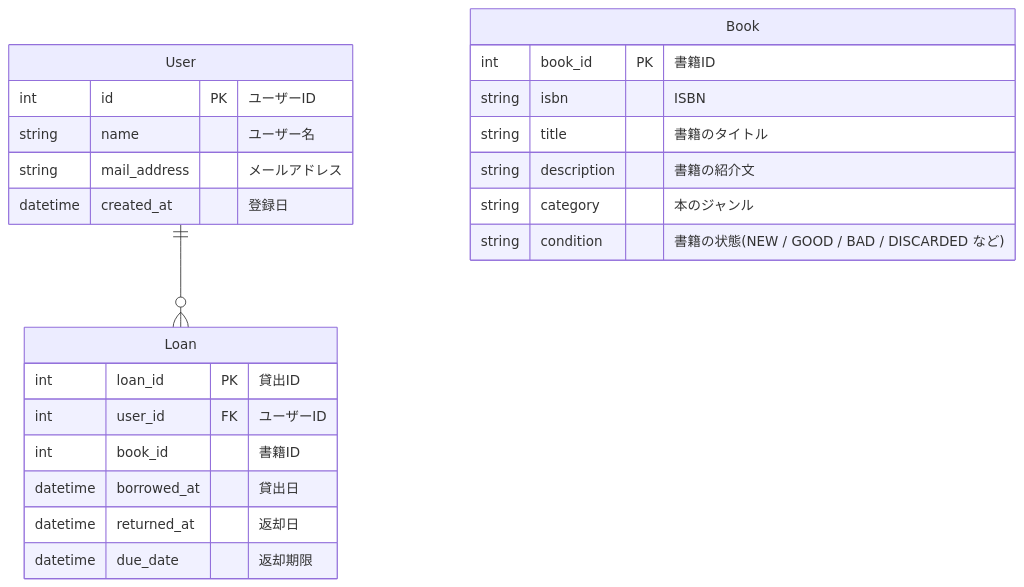
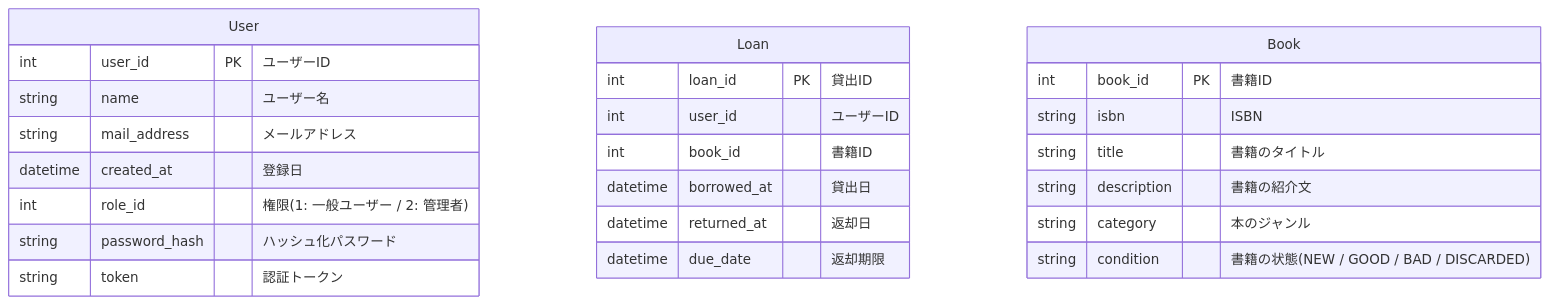
The first of 2 diagrams in design.md (s-tsuchida-safie/book-manage-app), drawn with Mermaid before and after one commit. The commit also changed other lines of this file and 16 other files, not shown here.

````diff
--- a/design.md
+++ b/design.md
@@ -16,29 +18,30 @@
 ```mermaid
 erDiagram
-    User ||--o{ Loan : ""
     User {
-        int id PK "ユーザーID"
+        int user_id PK "ユーザーID"
         string name "ユーザー名"
         string mail_address "メールアドレス"
-        datetime created_at "登録日"   
+        datetime created_at "登録日"
+        int role_id "権限(1: 一般ユーザー / 2: 管理者)"
+        string password_hash "ハッシュ化パスワード"
+        string token "認証トークン"
     }
     
     Loan {
         int loan_id PK "貸出ID"
-        int user_id FK "ユーザーID"
+        int user_id "ユーザーID"
         int book_id "書籍ID"
         datetime borrowed_at "貸出日"
         datetime returned_at "返却日"
         datetime due_date "返却期限"
     }
-    
-    %% 別DBのテーブル（参照用として薄く定義）    
+      
     Book {
         int book_id PK "書籍ID"
         string isbn "ISBN"
         string title "書籍のタイトル"
         string description "書籍の紹介文"
         string category "本のジャンル"
-        string condition "書籍の状態(NEW / GOOD / BAD / DISCARDED など)"            
+        string condition "書籍の状態(NEW / GOOD / BAD / DISCARDED)"            
     }
 ```
````
